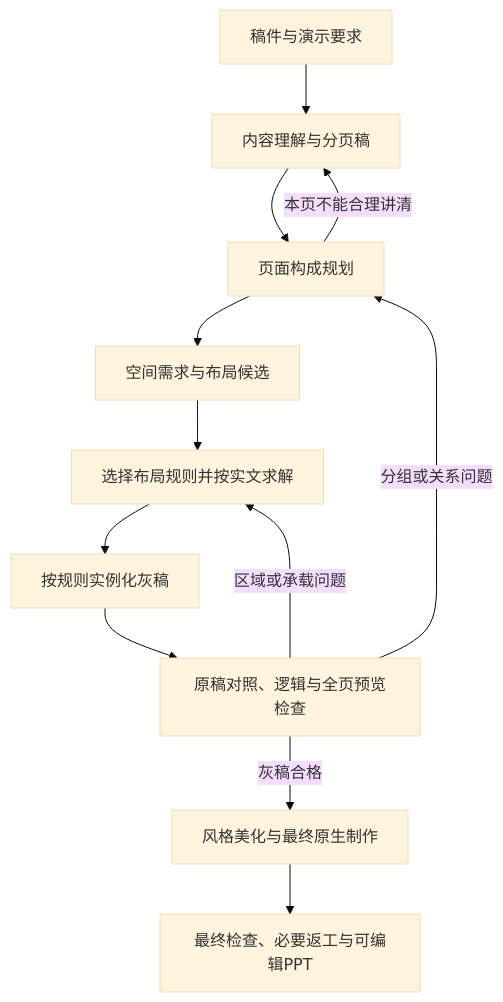
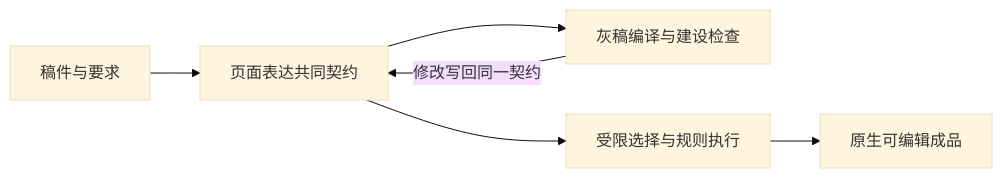
Before and after one commit to NEUwpy/PPagenT: the diagram in docs/架构/页面构成与布局规范.md, drawn with Mermaid (base theme). The commit also changed other lines of this file and 87 other files, not shown here.

````diff
--- a/docs/架构/页面构成与布局规范.md
+++ b/docs/架构/页面构成与布局规范.md
@@ -32,14 +9,8 @@
 ```mermaid
-flowchart TD
-    A[稿件与演示要求] --> B[内容理解与分页稿]
-    B --> C[页面构成规划]
-    C --> D[空间需求与布局候选]
-    D --> E[选择布局规则并按实文求解]
-    E --> F[按规则实例化灰稿]
-    F --> G[原稿对照、逻辑与全页预览检查]
-    G -->|区域或承载问题| E
-    G -->|分组或关系问题| C
-    C -->|本页不能合理讲清| B
-    G -->|灰稿合格| H[风格美化与最终原生制作]
-    H --> I[最终检查、必要返工与可编辑PPT]
+flowchart LR
+    A[稿件与要求] --> B[页面表达共同契约]
+    B --> C[灰稿编译与建设检查]
+    B --> D[受限选择与规则执行]
+    D --> E[原生可编辑成品]
+    C -->|修改写回同一契约| B
 ```
````
